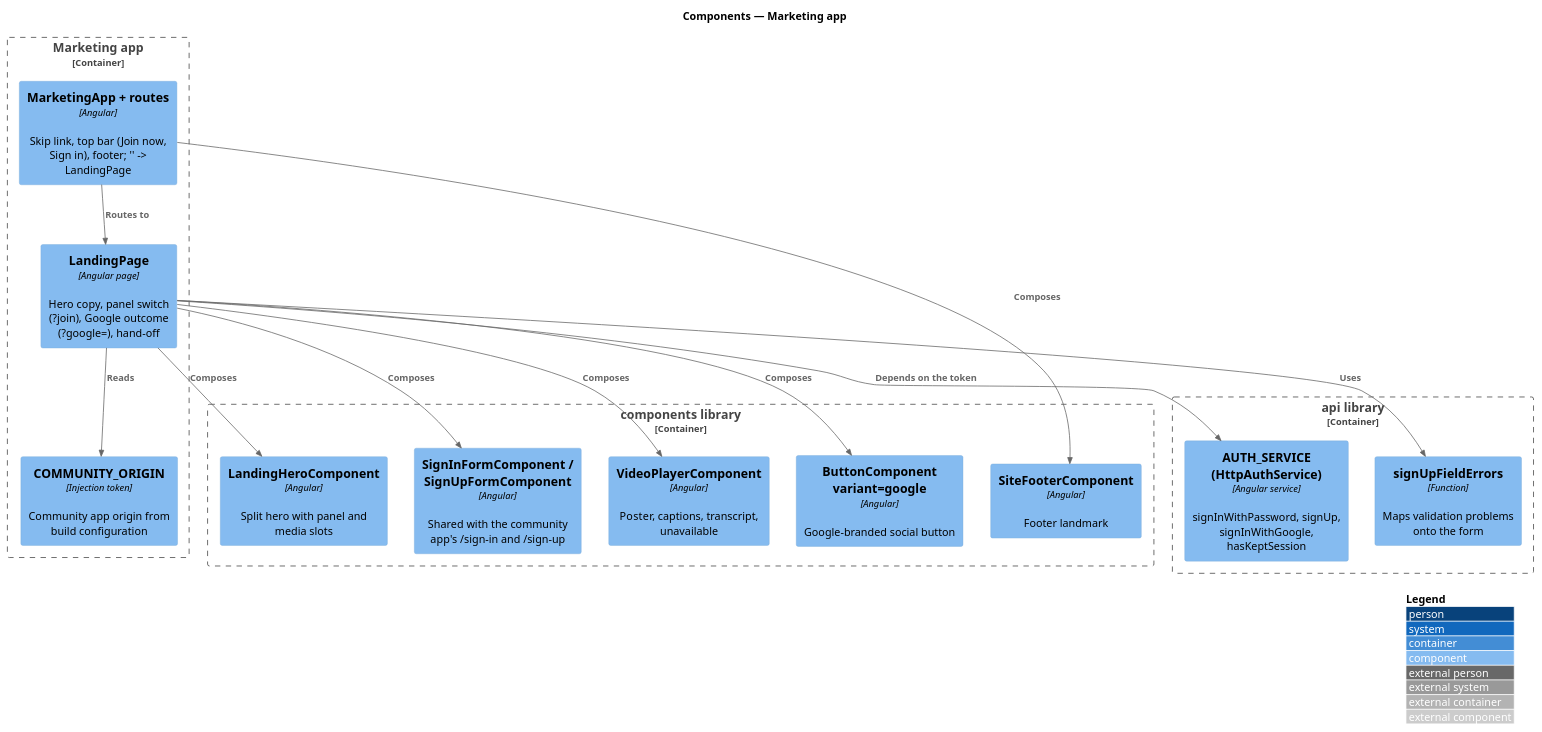
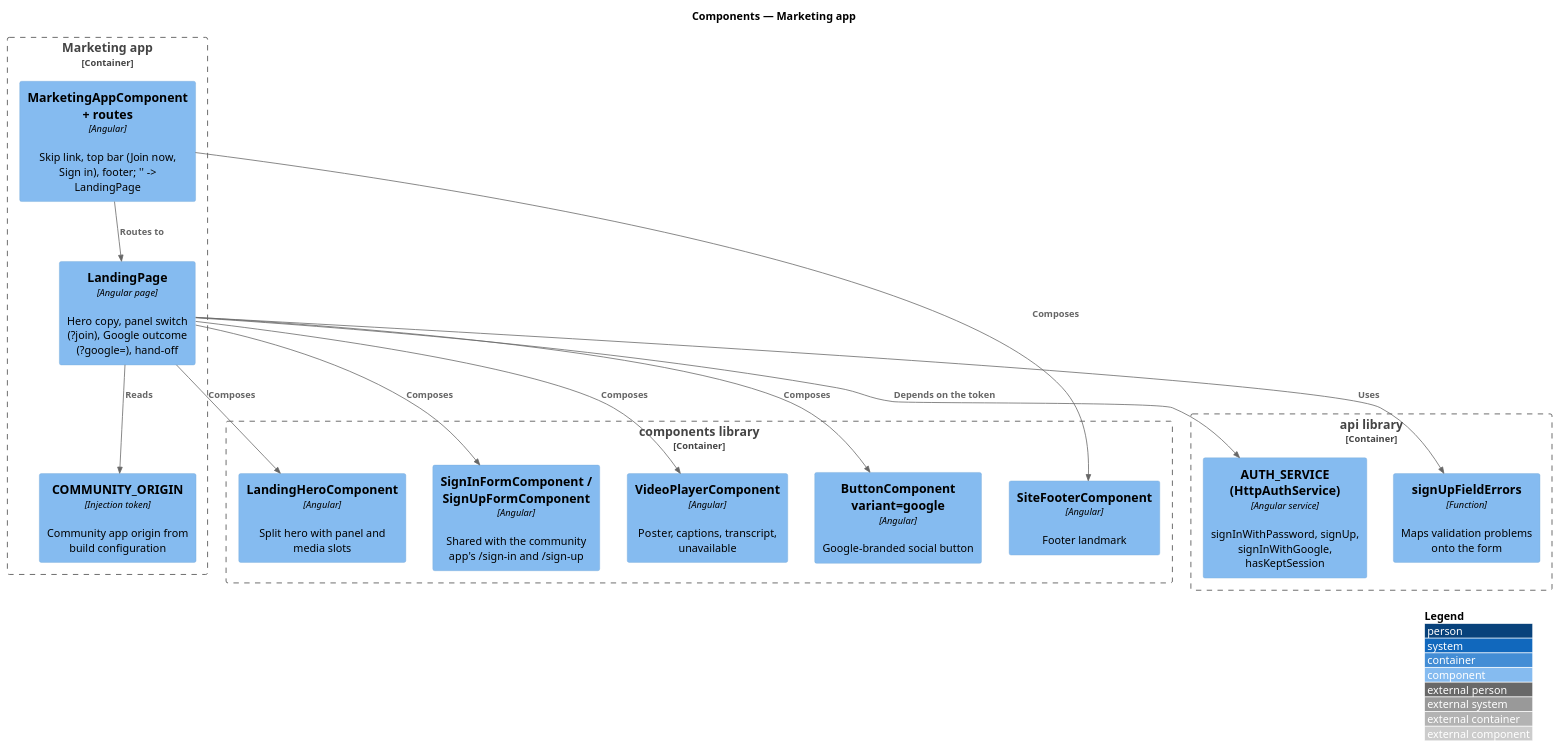
One commit to QuinntyneBrown/faithtech-community changed the diagram in docs/detailed-designs/marketing/landing-page/diagrams/c4-component.puml. Above: the diagram before and after it, drawn with PlantUML. The commit also changed 26 other files, not shown here.

```diff
--- a/docs/detailed-designs/marketing/landing-page/diagrams/c4-component.puml
+++ b/docs/detailed-designs/marketing/landing-page/diagrams/c4-component.puml
@@ -1,31 +1,31 @@
 @startuml
 !include <C4/C4_Component>
 LAYOUT_WITH_LEGEND()
 title Components — Marketing app
 
 Container_Boundary(mkt, "Marketing app") {
-  Component(shell, "MarketingApp + routes", "Angular", "Skip link, top bar (Join now, Sign in), footer; '' -> LandingPage")
+  Component(shell, "MarketingAppComponent + routes", "Angular", "Skip link, top bar (Join now, Sign in), footer; '' -> LandingPage")
   Component(page, "LandingPage", "Angular page", "Hero copy, panel switch (?join), Google outcome (?google=), hand-off")
   Component(origin, "COMMUNITY_ORIGIN", "Injection token", "Community app origin from build configuration")
 }
 Container_Boundary(lib, "components library") {
   Component(hero, "LandingHeroComponent", "Angular", "Split hero with panel and media slots")
   Component(forms, "SignInFormComponent / SignUpFormComponent", "Angular", "Shared with the community app's /sign-in and /sign-up")
   Component(video, "VideoPlayerComponent", "Angular", "Poster, captions, transcript, unavailable")
   Component(btn, "ButtonComponent variant=google", "Angular", "Google-branded social button")
   Component(footer, "SiteFooterComponent", "Angular", "Footer landmark")
 }
 Container_Boundary(apilib, "api library") {
   Component(auth, "AUTH_SERVICE (HttpAuthService)", "Angular service", "signInWithPassword, signUp, signInWithGoogle, hasKeptSession")
   Component(errors, "signUpFieldErrors", "Function", "Maps validation problems onto the form")
 }
 Rel(shell, page, "Routes to")
 Rel(page, hero, "Composes")
 Rel(page, forms, "Composes")
 Rel(page, video, "Composes")
 Rel(page, btn, "Composes")
 Rel(shell, footer, "Composes")
 Rel(page, auth, "Depends on the token")
 Rel(page, errors, "Uses")
 Rel(page, origin, "Reads")
 @enduml
```
